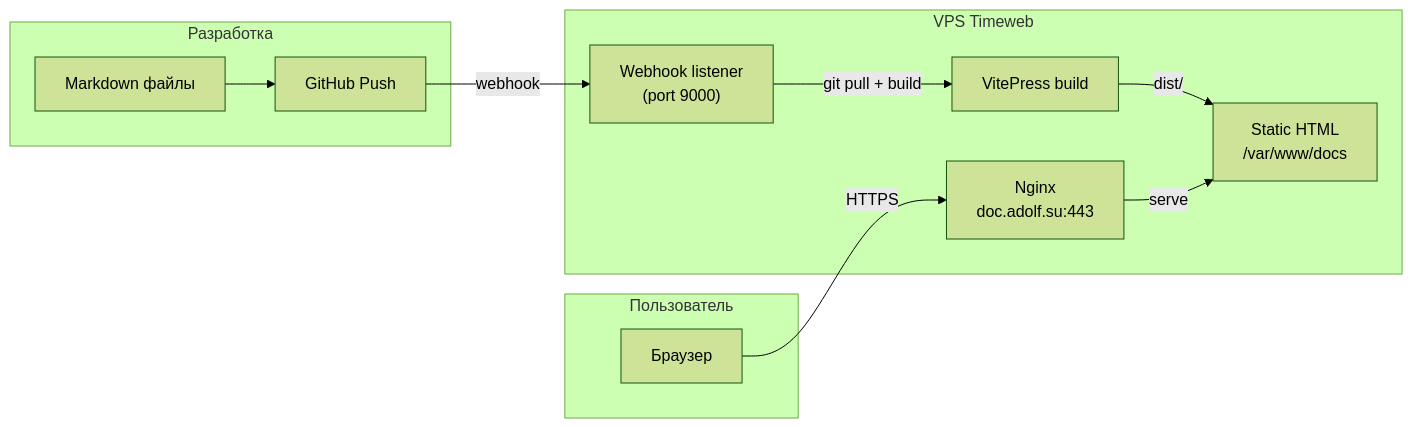
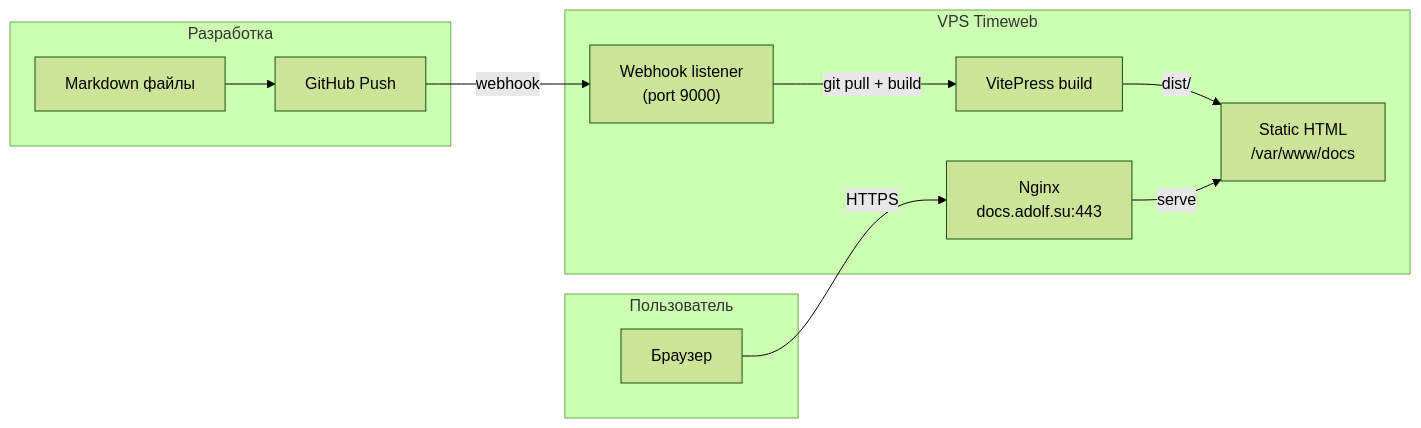
The first of 3 diagrams in config/adolf_vitepress_tz.md (Sign25/Docs), drawn with Mermaid (forest theme) before and after one commit. The commit also changed other lines of this file, not shown here.

Commit message:
docs: update VitePress migration spec v1.1 — VitePress 2.x, docs.adolf.su

````diff
--- a/config/adolf_vitepress_tz.md
+++ b/config/adolf_vitepress_tz.md
@@ -50,25 +50,25 @@
 ```mermaid
 flowchart LR
     subgraph DEV["Разработка"]
         MD["Markdown файлы"]
         GIT["GitHub Push"]
     end
 
     subgraph VPS["VPS Timeweb"]
         WEBHOOK["Webhook listener<br/>(port 9000)"]
         BUILD["VitePress build"]
-        NGINX["Nginx<br/>doc.adolf.su:443"]
+        NGINX["Nginx<br/>docs.adolf.su:443"]
         STATIC["Static HTML<br/>/var/www/docs"]
     end
 
     subgraph USER["Пользователь"]
         BROWSER["Браузер"]
     end
 
     MD --> GIT
     GIT -->|webhook| WEBHOOK
     WEBHOOK -->|git pull + build| BUILD
     BUILD -->|dist/| STATIC
     NGINX -->|serve| STATIC
     BROWSER -->|HTTPS| NGINX
 ```
````
